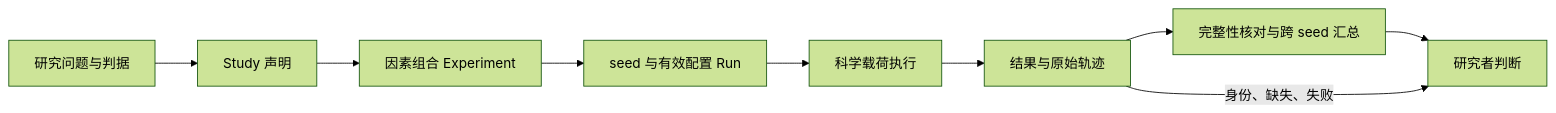
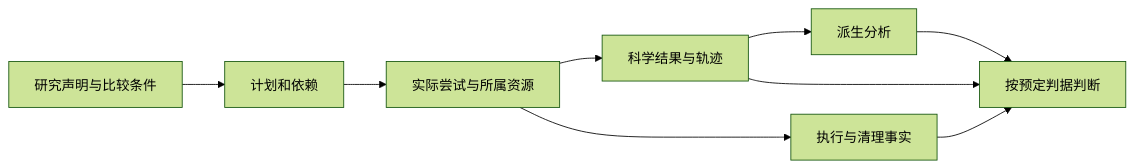
The diagram in docs/通用调研 General Research 研究流水线.md (DreamSoul-AI/RPipe), drawn with Mermaid (forest theme) before and after one commit. The commit also changed other lines of this file and 11 other files, not shown here.

````diff
--- a/docs/通用调研 General Research 研究流水线.md
+++ b/docs/通用调研 General Research 研究流水线.md
@@ -17,11 +13,11 @@
 ```mermaid
 flowchart LR
-    Q[研究问题与判据] --> S[Study 声明]
-    S --> E[因素组合 Experiment]
-    E --> R[seed 与有效配置 Run]
-    R --> X[科学载荷执行]
-    X --> A[结果与原始轨迹]
-    A --> C[完整性核对与跨 seed 汇总]
-    C --> J[研究者判断]
-    A -->|身份、缺失、失败| J
+    Spec[研究声明与比较条件] --> Plan[计划和依赖]
+    Plan --> Attempt[实际尝试与所属资源]
+    Attempt --> Science[科学结果与轨迹]
+    Attempt --> Execution[执行与清理事实]
+    Science --> Analysis[派生分析]
+    Science --> Judge[按预定判据判断]
+    Execution --> Judge
+    Analysis --> Judge
 ```
````
